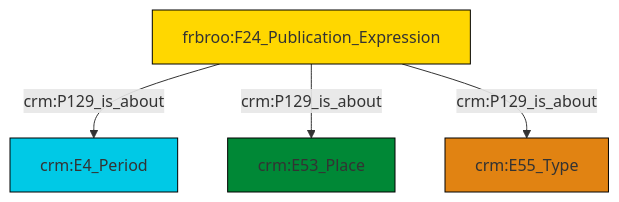
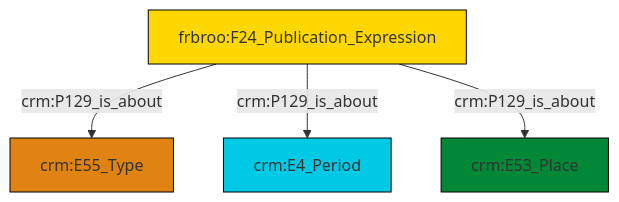
One commit to swiss-art-research-net/reference-data-models changed the diagram in et/biblioCSV/ttl/mmd/biblio_aboutness.ttl.mmd. Above: the diagram before and after it, drawn with Mermaid. The commit also changed 124 other files, not shown here.

```diff
--- a/et/biblioCSV/ttl/mmd/biblio_aboutness.ttl.mmd
+++ b/et/biblioCSV/ttl/mmd/biblio_aboutness.ttl.mmd
@@ -1,18 +1,18 @@
 graph TD
 classDef Literal fill:#f2f2f2,stroke:#000000;
 classDef CRM_Entity fill:#FFFFFF,stroke:#000000;
 classDef Temporal_Entity fill:#00C9E6, stroke:#000000;
 classDef Type fill:#E18312, stroke:#000000;
 classDef Time-Span fill:#2C9C91, stroke:#000000;
 classDef Appellation fill:#FFEB7F, stroke:#000000;
 classDef Place fill:#008836, stroke:#000000;
 classDef Persistent_Item fill:#B266B2, stroke:#000000;
 classDef Conceptual_Object fill:#FFD700, stroke:#000000;
 classDef Physical_Thing fill:#D2B48C, stroke:#000000;
 classDef Actor fill:#f58aad, stroke:#000000;
 classDef PC_Classes fill:#4ce600, stroke:#000000;
 classDef Multi fill:#cccccc,stroke:#000000;
 
-0["frbroo:F24_Publication_Expression"]:::Conceptual_Object -->|crm:P129_is_about| 1["crm:E4_Period"]:::Temporal_Entity
-0["frbroo:F24_Publication_Expression"]:::Conceptual_Object -->|crm:P129_is_about| 2["crm:E53_Place"]:::Place
-0["frbroo:F24_Publication_Expression"]:::Conceptual_Object -->|crm:P129_is_about| 4["crm:E55_Type"]:::Type
+0["frbroo:F24_Publication_Expression"]:::Conceptual_Object -->|crm:P129_is_about| 1["crm:E55_Type"]:::Type
+0["frbroo:F24_Publication_Expression"]:::Conceptual_Object -->|crm:P129_is_about| 3["crm:E4_Period"]:::Temporal_Entity
+0["frbroo:F24_Publication_Expression"]:::Conceptual_Object -->|crm:P129_is_about| 5["crm:E53_Place"]:::Place
```
